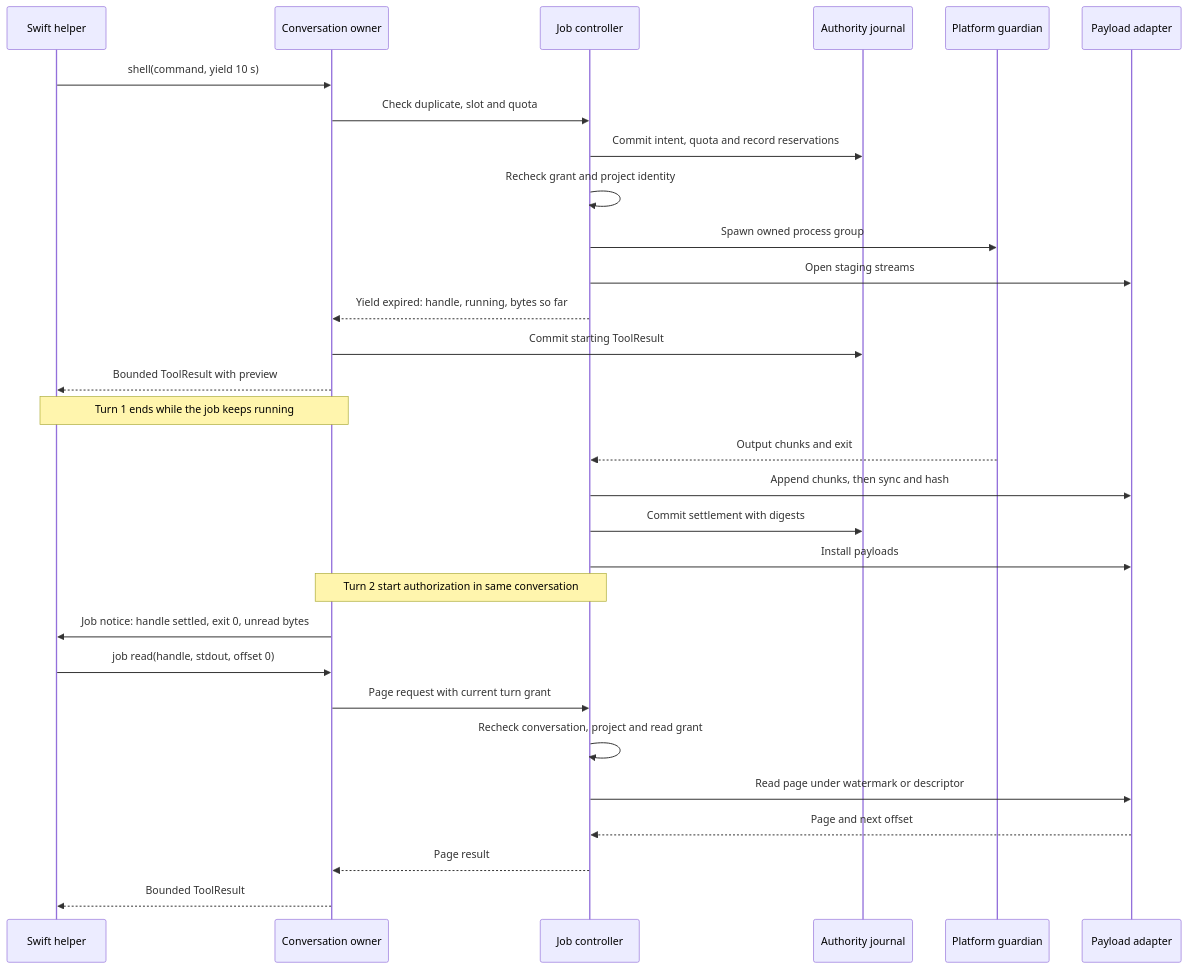
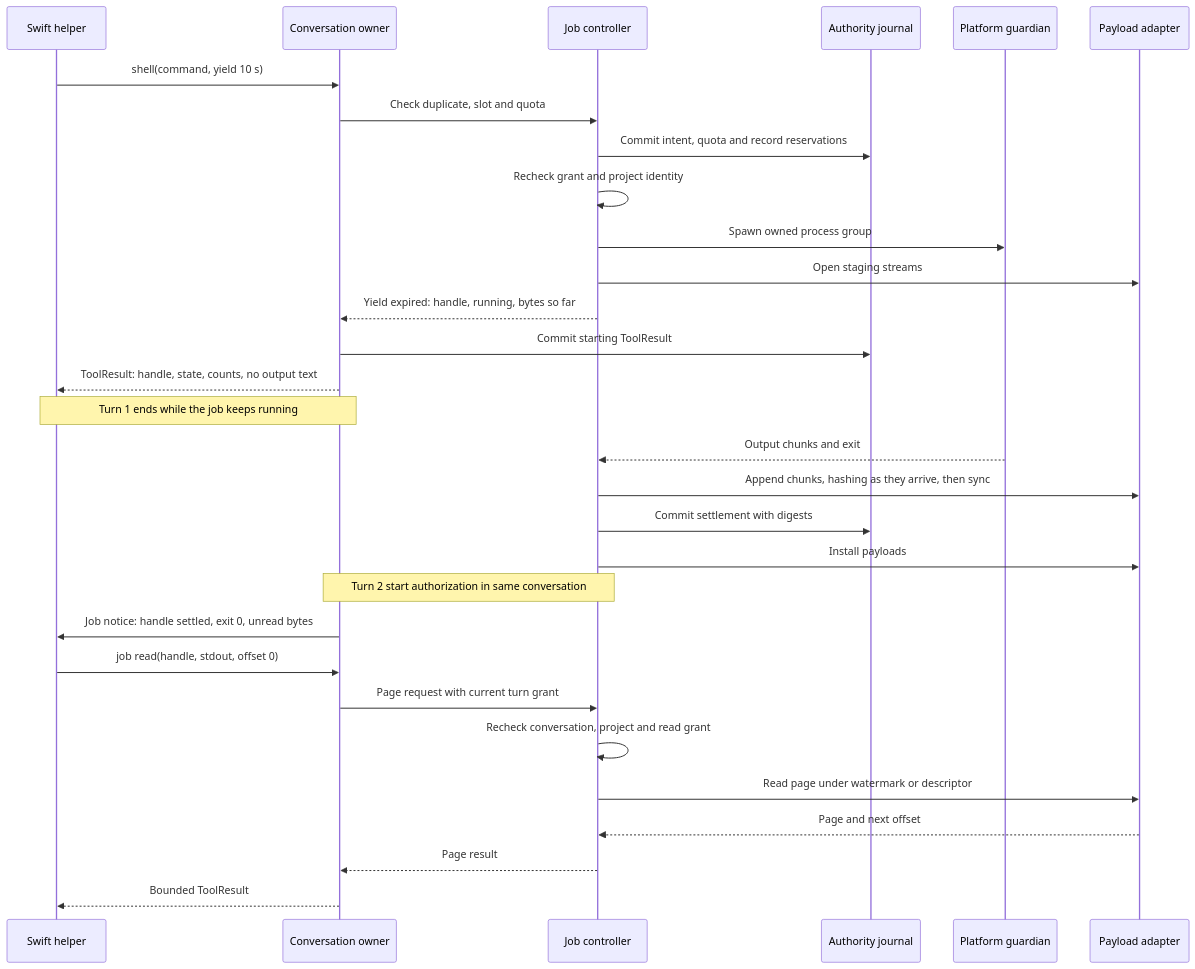
Before and after one commit to pidster/asura: the second of 6 diagrams in docs/designs/tool-job-controller.md, drawn with Mermaid. The commit also changed other lines of this file and 6 other files, not shown here.

````diff
--- a/docs/designs/tool-job-controller.md
+++ b/docs/designs/tool-job-controller.md
@@ -226,32 +308,32 @@
 ```mermaid
 sequenceDiagram
     participant M as Swift helper
     participant C as Conversation owner
     participant K as Job controller
     participant J as Authority journal
     participant G as Platform guardian
     participant S as Payload adapter
     M->>C: shell(command, yield 10 s)
     C->>K: Check duplicate, slot and quota
     K->>J: Commit intent, quota and record reservations
     K->>K: Recheck grant and project identity
     K->>G: Spawn owned process group
     K->>S: Open staging streams
     K-->>C: Yield expired: handle, running, bytes so far
     C->>J: Commit starting ToolResult
-    C-->>M: Bounded ToolResult with preview
+    C-->>M: ToolResult: handle, state, counts, no output text
     Note over M,C: Turn 1 ends while the job keeps running
     G-->>K: Output chunks and exit
-    K->>S: Append chunks, then sync and hash
+    K->>S: Append chunks, hashing as they arrive, then sync
     K->>J: Commit settlement with digests
     K->>S: Install payloads
     Note over C,K: Turn 2 start authorization in same conversation
     C->>M: Job notice: handle settled, exit 0, unread bytes
     M->>C: job read(handle, stdout, offset 0)
     C->>K: Page request with current turn grant
     K->>K: Recheck conversation, project and read grant
     K->>S: Read page under watermark or descriptor
     S-->>K: Page and next offset
     K-->>C: Page result
     C-->>M: Bounded ToolResult
 ```
````
